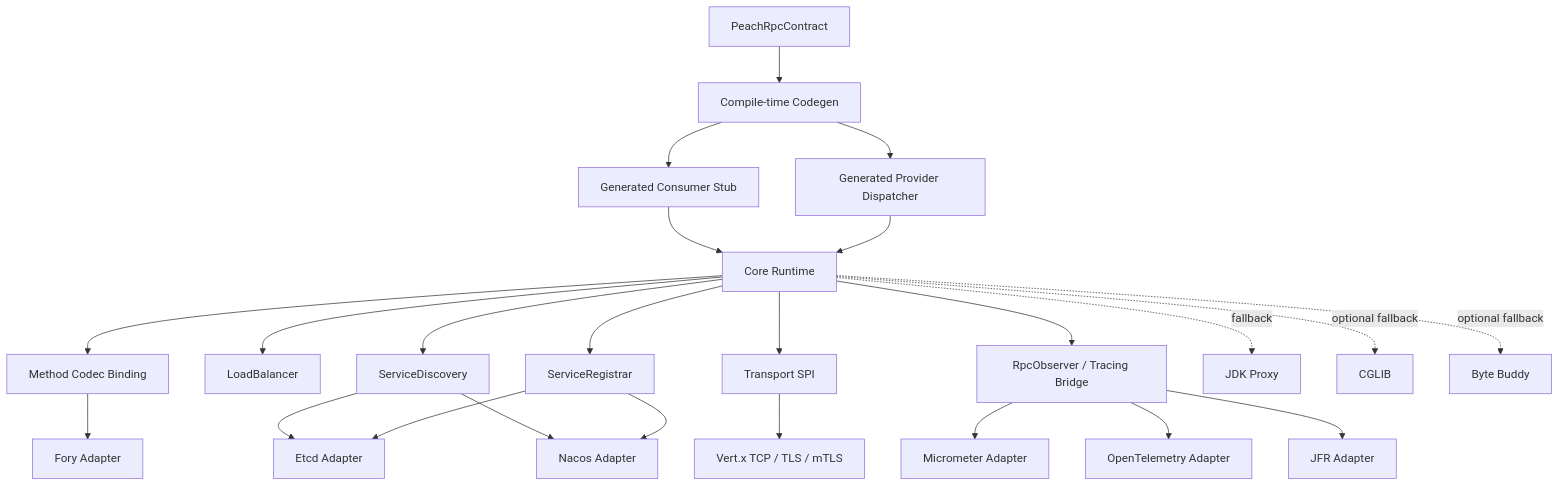
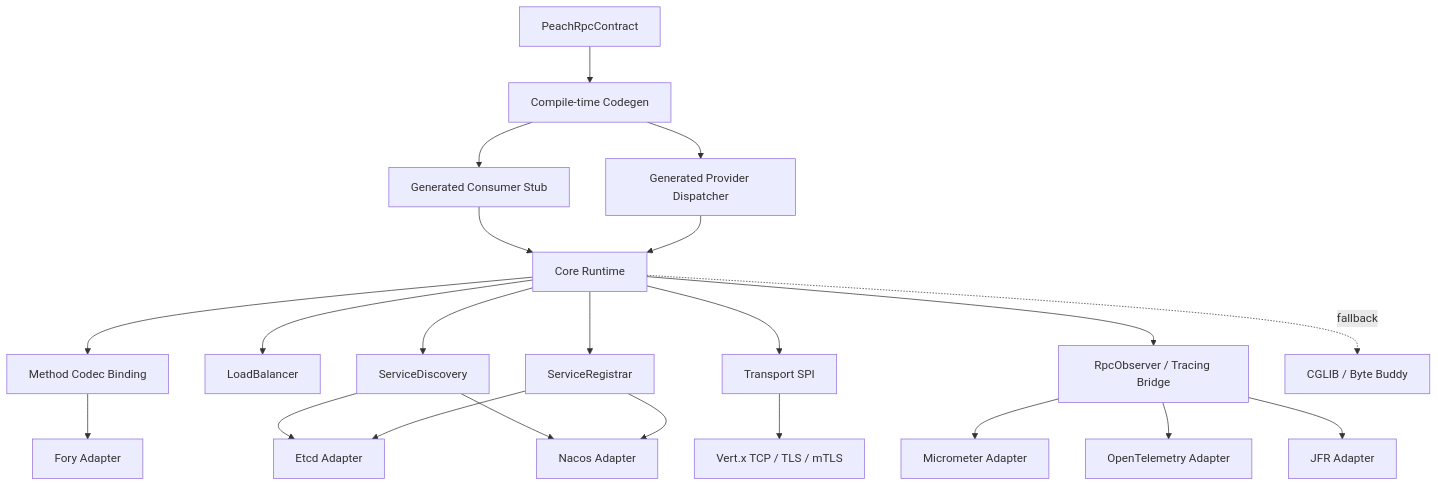
Before and after one commit to Ryan-Guizhou/peach-rpc: the first of 3 diagrams in docs/architecture.md, drawn with Mermaid. The commit also changed other lines of this file, not shown here.

Commit message:
docs: align docs/architecture.md with 1.0 GA

````diff
--- a/docs/architecture.md
+++ b/docs/architecture.md
@@ -15,26 +15,24 @@
 ```mermaid
 flowchart TB
     Contract[PeachRpcContract] --> Codegen[Compile-time Codegen]
     Codegen --> Stub[Generated Consumer Stub]
     Codegen --> Dispatcher[Generated Provider Dispatcher]
     Stub --> Core[Core Runtime]
     Dispatcher --> Core
     Core --> Codec[Method Codec Binding]
     Core --> LB[LoadBalancer]
     Core --> Discovery[ServiceDiscovery]
     Core --> Registrar[ServiceRegistrar]
     Core --> Transport[Transport SPI]
     Codec --> Fory[Fory Adapter]
     Discovery --> Etcd[Etcd Adapter]
     Registrar --> Etcd
     Discovery --> Nacos[Nacos Adapter]
     Registrar --> Nacos
     Transport --> Vertx[Vert.x TCP / TLS / mTLS]
     Core --> Obs[RpcObserver / Tracing Bridge]
     Obs --> Metrics[Micrometer Adapter]
     Obs --> Tracing[OpenTelemetry Adapter]
     Obs --> Jfr[JFR Adapter]
-    Core -. fallback .-> JDK[JDK Proxy]
-    Core -. optional fallback .-> Cglib[CGLIB]
-    Core -. optional fallback .-> ByteBuddy[Byte Buddy]
+    Core -. fallback .-> Cglib[CGLIB / Byte Buddy]
 ```
````
